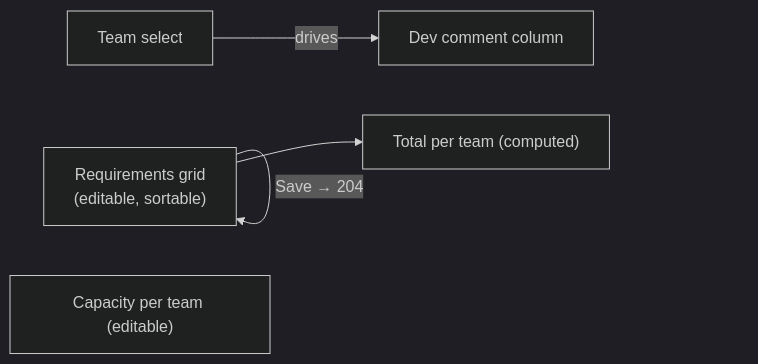
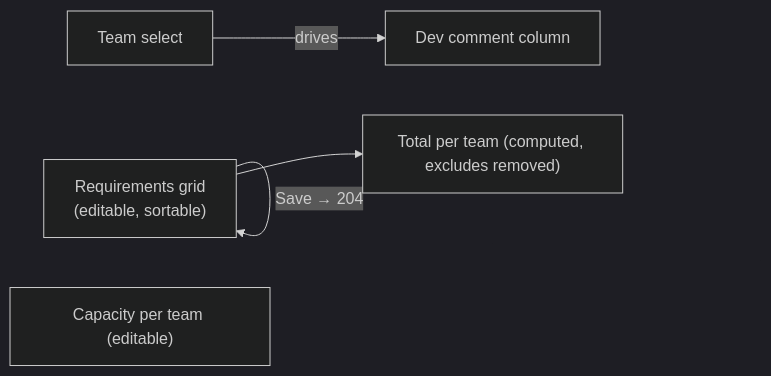
The sixth of 7 diagrams in doc/functional.md (fredericgenon-commits/pip-assistant), drawn with Mermaid (dark theme) before and after one commit. The commit also changed other lines of this file and 49 other files, not shown here.

````diff
--- a/doc/functional.md
+++ b/doc/functional.md
@@ -225,8 +225,8 @@
 ```mermaid
 flowchart LR
     G["Requirements grid<br/>(editable, sortable)"] -->|edit cells| G
     Team["Team select"] -->|drives| DC["Dev comment column"]
-    G --> Tot["Total per team (computed)"]
+    G --> Tot["Total per team (computed, excludes removed)"]
     Cap["Capacity per team (editable)"]
     G -->|Save → 204| G
 ```
````
